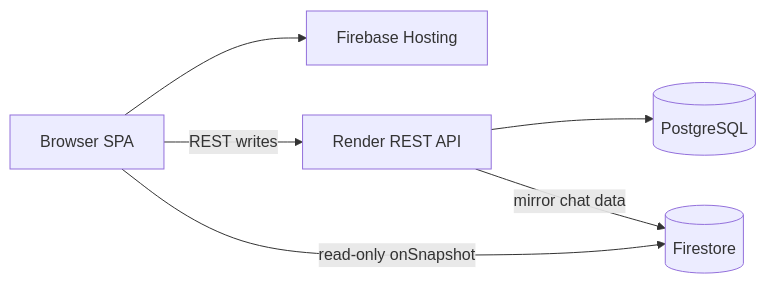
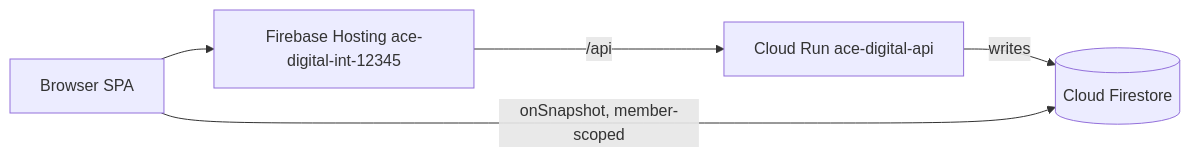
The diagram in docs/PRODUCTION.md (Ace-Groups/Ace-Digital), drawn with Mermaid before and after one commit. The commit also changed other lines of this file and 88 other files, not shown here.

First line of the commit message:
Unblock the portal on ace-digital-int-12345 (#1)

````diff
--- a/docs/PRODUCTION.md
+++ b/docs/PRODUCTION.md
@@ -13,14 +20,12 @@
 ```mermaid
 flowchart LR
   Browser[Browser SPA]
-  Hosting[Firebase Hosting]
-  Render[Render REST API]
-  Postgres[(PostgreSQL)]
-  Firestore[(Firestore)]
+  Hosting[Firebase Hosting ace-digital-int-12345]
+  Run[Cloud Run ace-digital-api]
+  Firestore[(Cloud Firestore)]
 
   Browser --> Hosting
-  Browser -->|REST writes| Render
-  Render --> Postgres
-  Render -->|mirror chat data| Firestore
-  Browser -->|read-only onSnapshot| Firestore
+  Hosting -->|/api| Run
+  Run -->|writes| Firestore
+  Browser -->|onSnapshot, member-scoped| Firestore
 ```
````
